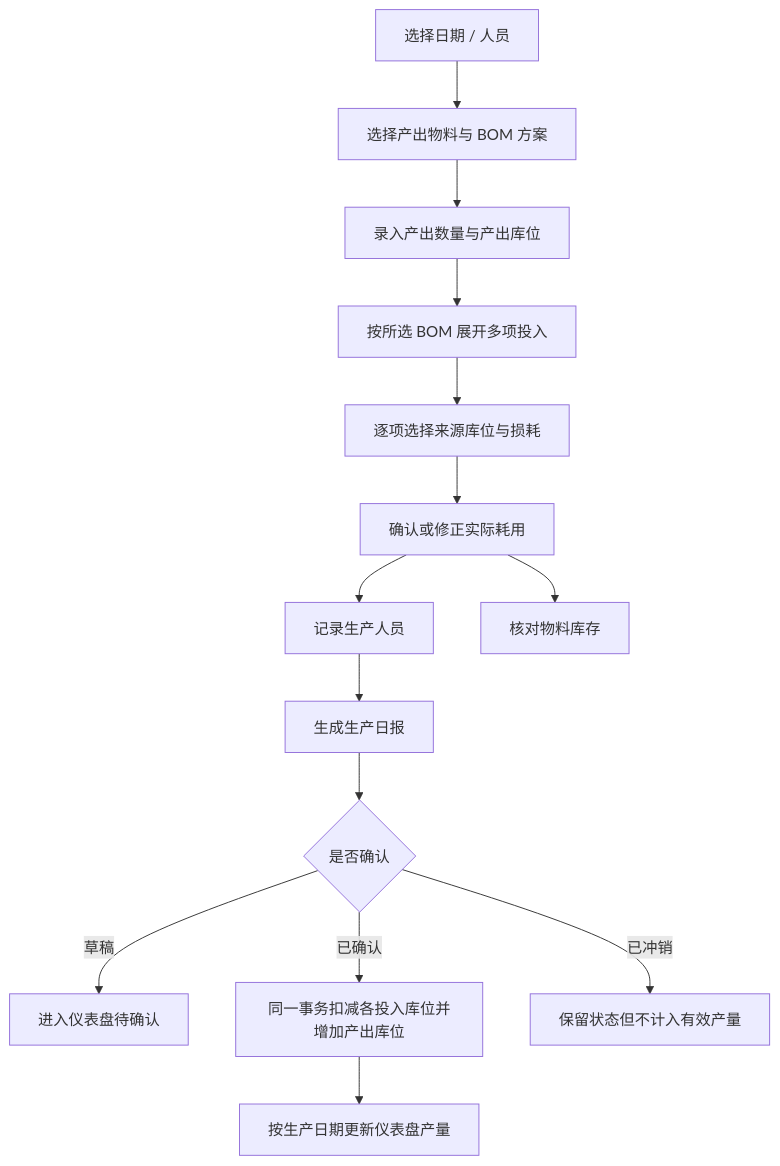
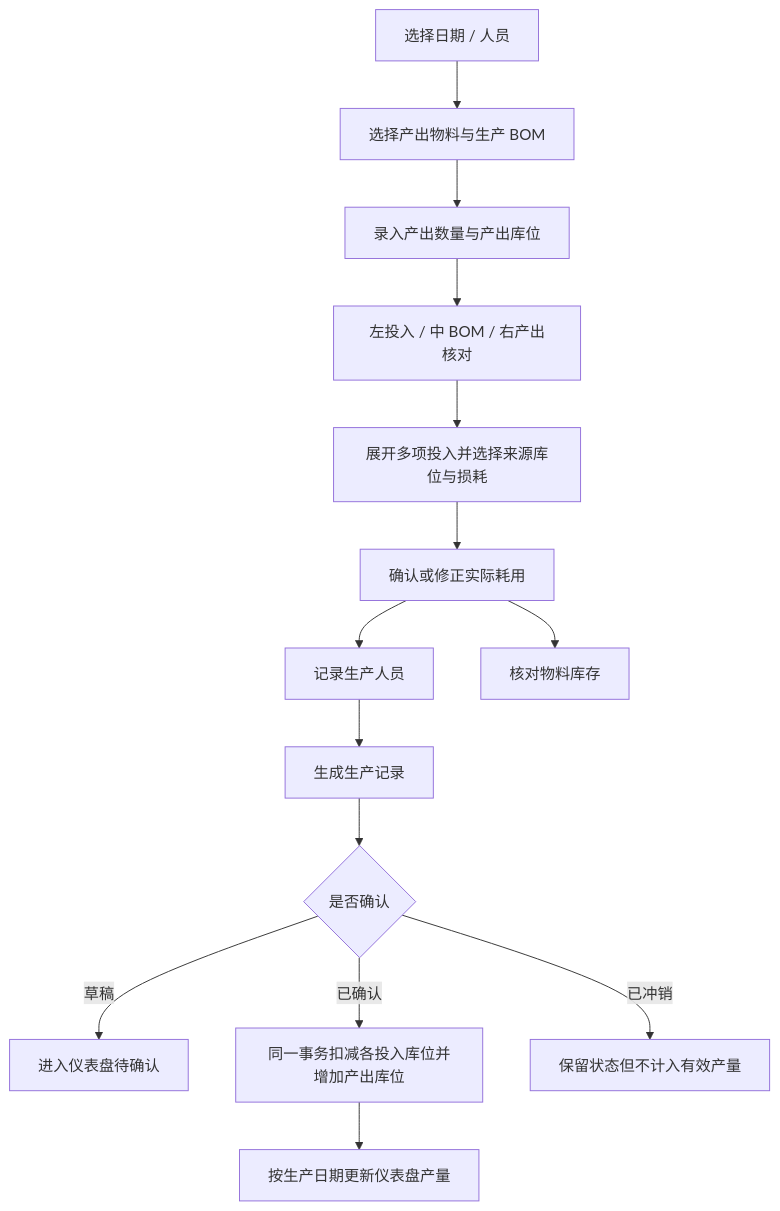
The tenth of 17 diagrams in docs/minierp/system-function-flow.md (goldf2/mes-lite), drawn with Mermaid before and after one commit. The commit also changed other lines of this file and 31 other files, not shown here.

Commit message:
feat: separate production records and flow transfers

````diff
--- a/docs/minierp/system-function-flow.md
+++ b/docs/minierp/system-function-flow.md
@@ -333,16 +333,16 @@
 ```mermaid
 flowchart TD
-  A["选择日期 / 人员"] --> B["选择产出物料与 BOM 方案"]
+  A["选择日期 / 人员"] --> B["选择产出物料与生产 BOM"]
   B --> C["录入产出数量与产出库位"]
-  C --> D["按所选 BOM 展开多项投入"]
-  D --> E["逐项选择来源库位与损耗"]
+  C --> D["左投入 / 中 BOM / 右产出核对"]
+  D --> E["展开多项投入并选择来源库位与损耗"]
   E --> I["确认或修正实际耗用"]
   I --> J["记录生产人员"]
-  J --> F["生成生产日报"]
+  J --> F["生成生产记录"]
   F --> K{"是否确认"}
   K -->|草稿| L["进入仪表盘待确认"]
   K -->|已确认| N["同一事务扣减各投入库位并增加产出库位"]
   N --> G["按生产日期更新仪表盘产量"]
   K -->|已冲销| M["保留状态但不计入有效产量"]
   I --> H["核对物料库存"]
 ```
````
